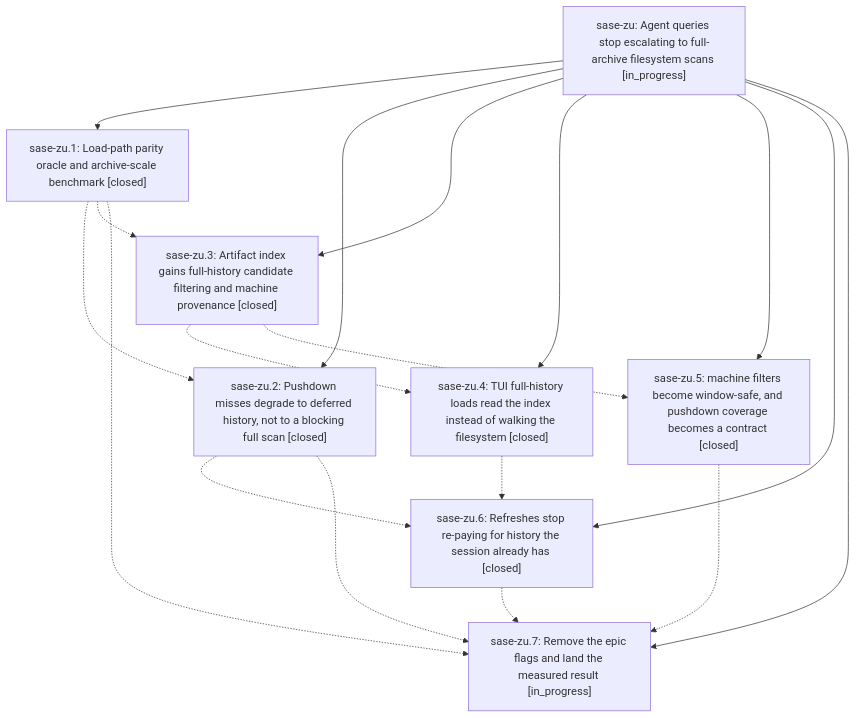
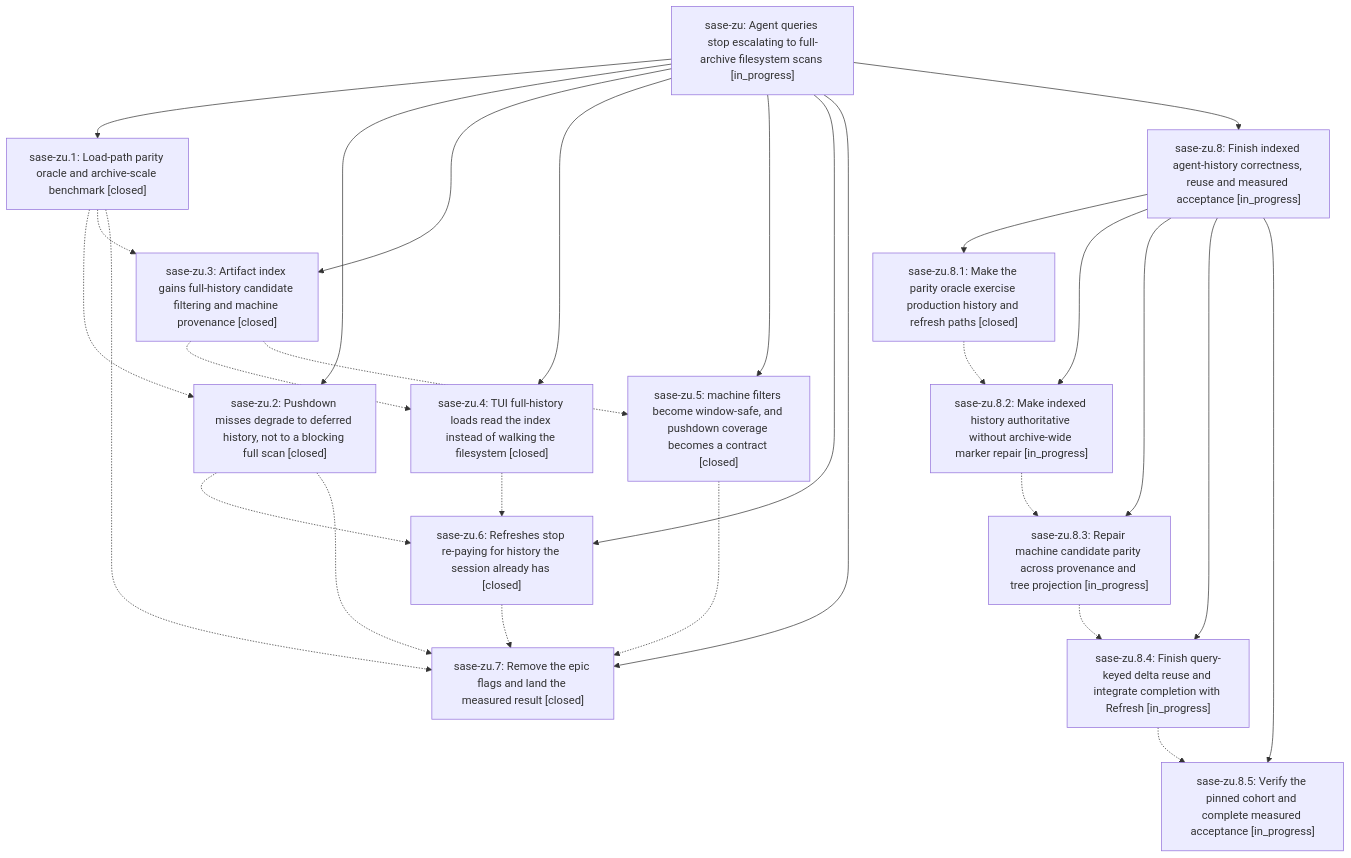
One commit to sase-org/sase--beads changed the diagram in pages/sase-zu/README.md. Above: the diagram before and after it, drawn with Mermaid. The commit also changed other lines of this file and 11 other files, not shown here.

````diff
--- a/pages/sase-zu/README.md
+++ b/pages/sase-zu/README.md
@@ -28,28 +32,44 @@
 ```mermaid
 flowchart TD
     n0["sase-zu: Agent queries stop escalating to full-archive filesystem scans [in_progress]"]
     n1["sase-zu.1: Load-path parity oracle and archive-scale benchmark [closed]"]
     n2["sase-zu.2: Pushdown misses degrade to deferred history, not to a blocking full scan [closed]"]
     n3["sase-zu.3: Artifact index gains full-history candidate filtering and machine provenance [closed]"]
     n4["sase-zu.4: TUI full-history loads read the index instead of walking the filesystem [closed]"]
     n5["sase-zu.5: machine filters become window-safe, and pushdown coverage becomes a contract [closed]"]
     n6["sase-zu.6: Refreshes stop re-paying for history the session already has [closed]"]
-    n7["sase-zu.7: Remove the epic flags and land the measured result [in_progress]"]
+    n7["sase-zu.7: Remove the epic flags and land the measured result [closed]"]
+    n8["sase-zu.8: Finish indexed agent-history correctness, reuse and measured acceptance [in_progress]"]
+    n9["sase-zu.8.1: Make the parity oracle exercise production history and refresh paths [closed]"]
+    n10["sase-zu.8.2: Make indexed history authoritative without archive-wide marker repair [in_progress]"]
+    n11["sase-zu.8.3: Repair machine candidate parity across provenance and tree projection [in_progress]"]
+    n12["sase-zu.8.4: Finish query-keyed delta reuse and integrate completion with Refresh [in_progress]"]
+    n13["sase-zu.8.5: Verify the pinned cohort and complete measured acceptance [in_progress]"]
     n0 --> n1
     n0 --> n2
     n0 --> n3
     n0 --> n4
     n0 --> n5
     n0 --> n6
     n0 --> n7
+    n0 --> n8
+    n8 --> n9
+    n8 --> n10
+    n8 --> n11
+    n8 --> n12
+    n8 --> n13
     n1 -.-> n2
     n1 -.-> n3
     n1 -.-> n7
     n2 -.-> n6
     n2 -.-> n7
     n3 -.-> n4
     n3 -.-> n5
     n4 -.-> n6
     n5 -.-> n7
     n6 -.-> n7
+    n9 -.-> n10
+    n10 -.-> n11
+    n11 -.-> n12
+    n12 -.-> n13
 ```
````
